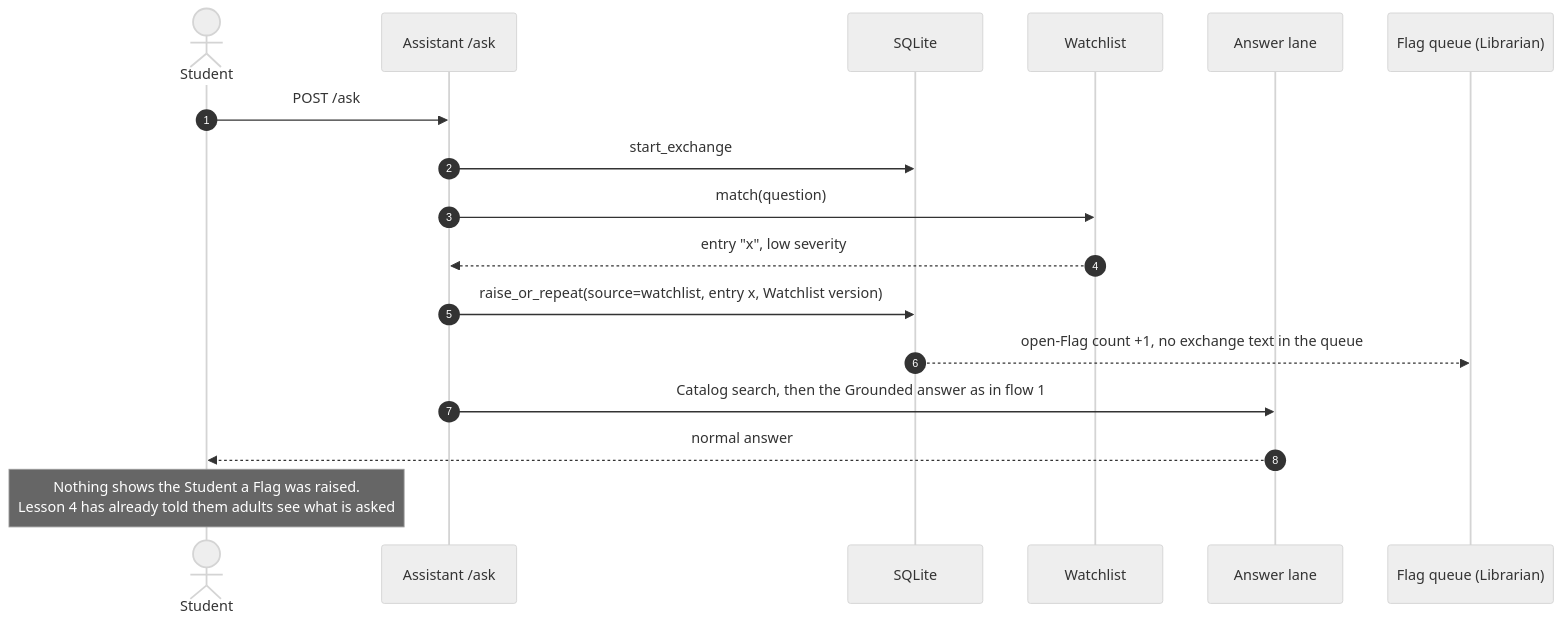
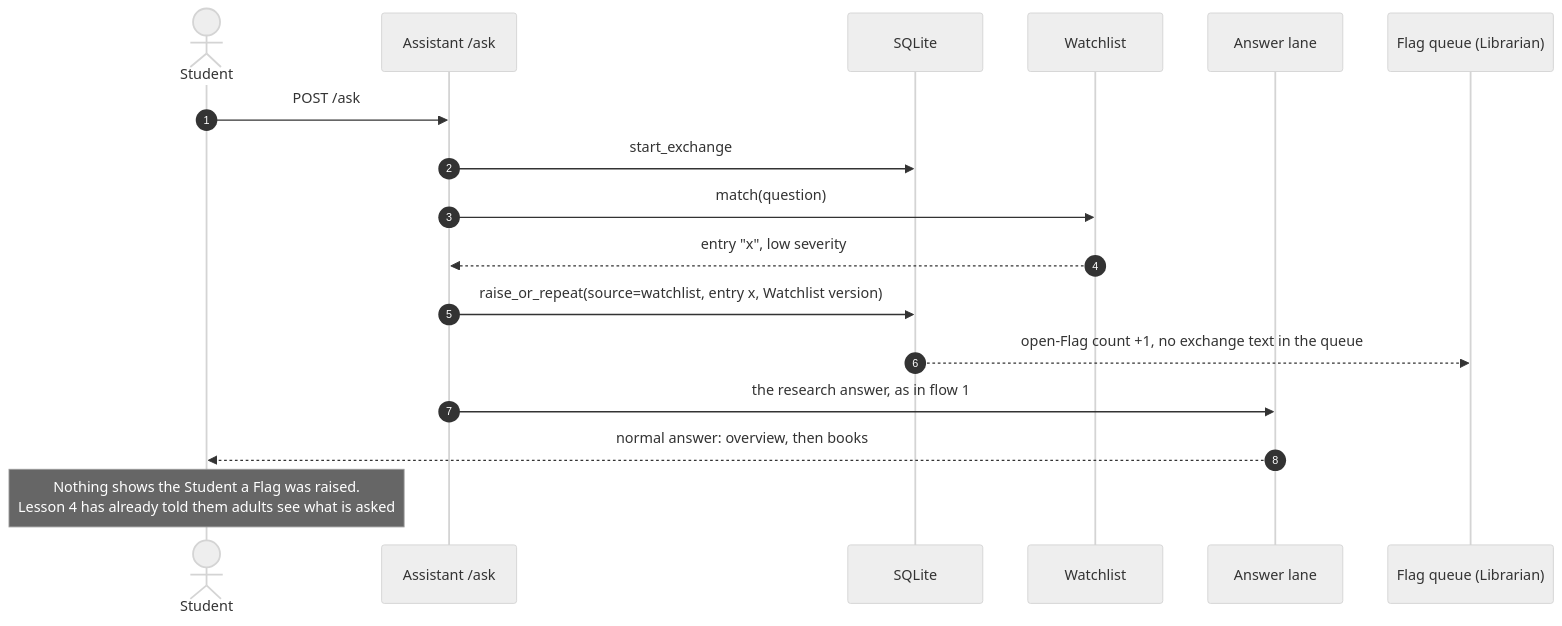
The third of 7 diagrams in docs/design/student-message-flow.md (imkarrer/library-ai-lab), drawn with Mermaid (neutral theme) before and after one commit. The commit also changed other lines of this file and 7 other files, not shown here.

````diff
--- a/docs/design/student-message-flow.md
+++ b/docs/design/student-message-flow.md
@@ -97,20 +127,20 @@
 ```mermaid
 sequenceDiagram
     autonumber
     actor S as Student
     participant A as Assistant /ask
     participant DB as SQLite
     participant W as Watchlist
     participant AL as Answer lane
     participant FQ as Flag queue (Librarian)
 
     S->>A: POST /ask
     A->>DB: start_exchange
     A->>W: match(question)
     W-->>A: entry "x", low severity
     A->>DB: raise_or_repeat(source=watchlist, entry x, Watchlist version)
     DB-->>FQ: open-Flag count +1, no exchange text in the queue
-    A->>AL: Catalog search, then the Grounded answer as in flow 1
-    AL-->>S: normal answer
+    A->>AL: the research answer, as in flow 1
+    AL-->>S: normal answer: overview, then books
     Note over S: Nothing shows the Student a Flag was raised.<br/>Lesson 4 has already told them adults see what is asked
 ```
````
